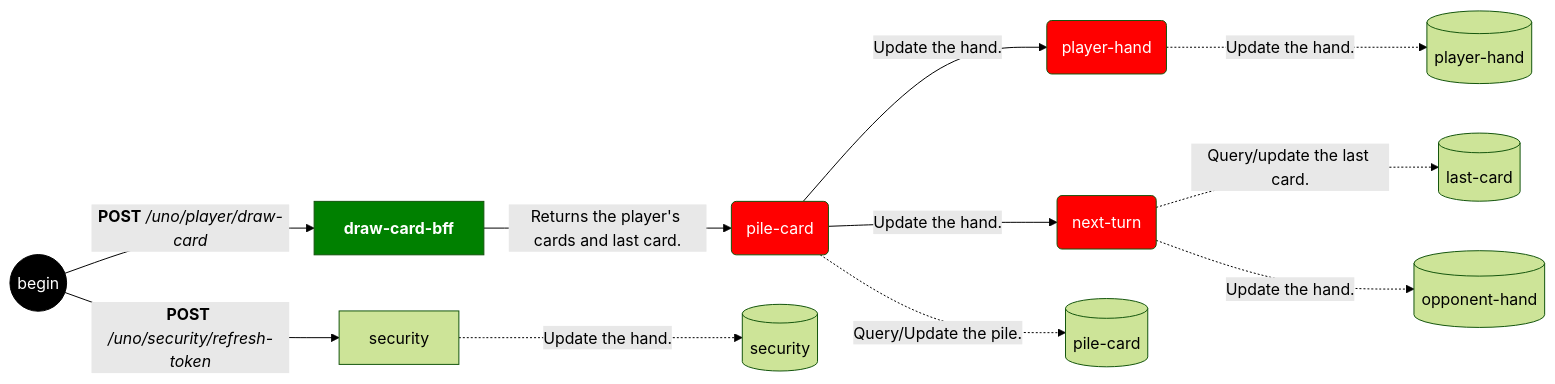
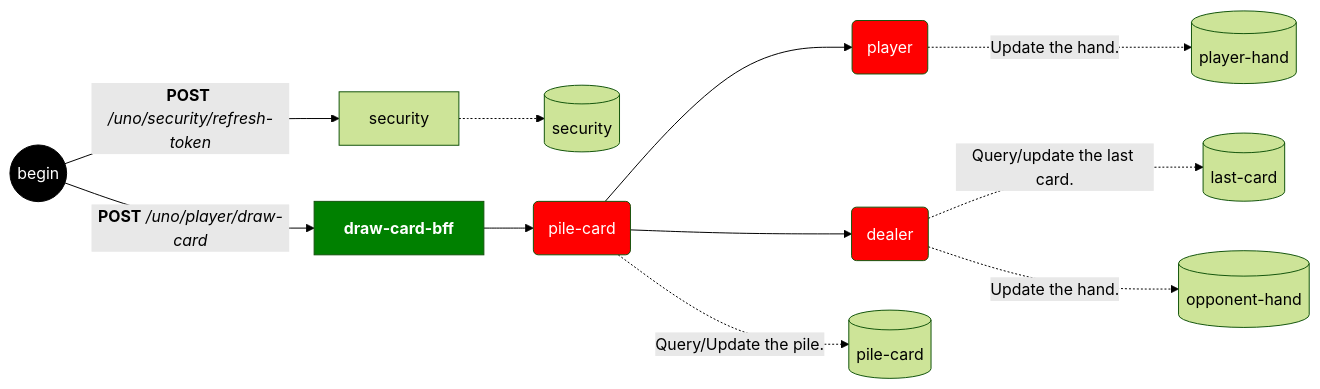
Before and after one commit to olbiwan/uno: the first of 3 diagrams in README.md, drawn with Mermaid (forest theme).

````diff
--- a/README.md
+++ b/README.md
@@ -23,17 +23,17 @@
 ```mermaid
 flowchart LR
     U((begin)) -->|<b>POST</b> <i>/uno/security/refresh-token</i>| S[security]
+    S -.-> DS[(security)]
     U -->|<b>POST</b> <i>/uno/player/draw-card</i>| DCB[<b>draw-card-bff</b>]
-    DCB -->|Returns the player's cards and last card.| SPC(pile-card)
-    SNT(next-turn) -.->|Query/update the last card.| DLC[(last-card)]
-    SPC -->|Update the hand.| SPH(player-hand)
-    SPC -->|Update the hand.| SNT
+    DCB --> SPC(pile-card)
+    SNT(dealer) -.->|Query/update the last card.| DLC[(last-card)]
+    SPC --> SPH(player)
+    SPC --> SNT
     SNT -.->|Update the hand.| DOH[(opponent-hand)]
     SPC -.->|Query/Update the pile.| DPC[(pile-card)]
     SPH -.->|Update the hand.| DPH[(player-hand)]
-    S -.->|Update the hand.| DS[(security)]
     style DCB color:#fff,fill:green;
     style U color:#fff,fill:#000,stroke:#000;
     classDef second color:#fff,fill:red;
     class SNT,SPC,SPH second;
 ```
````
